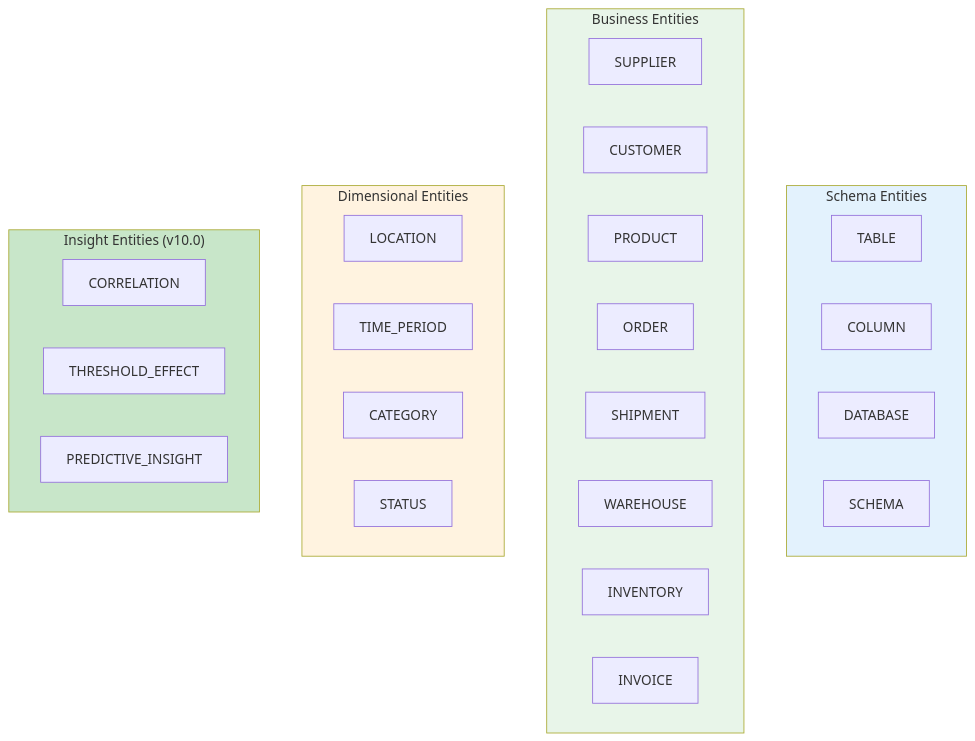
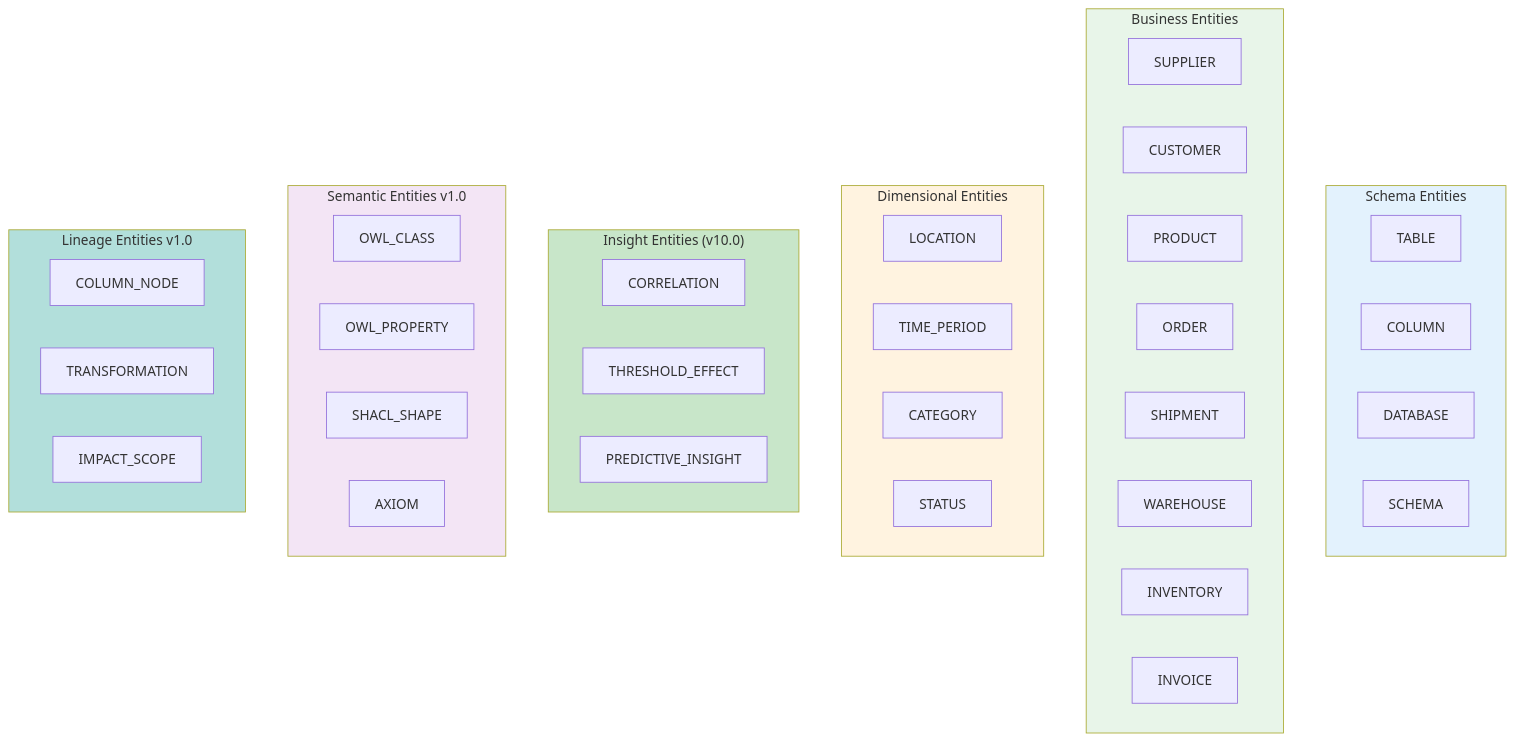
Before and after one commit to sabill123/ontology: the second of 12 diagrams in docs/diagrams/06-knowledge-graph.md, drawn with Mermaid. The commit also changed other lines of this file and 176 other files, not shown here.

````diff
--- a/docs/diagrams/06-knowledge-graph.md
+++ b/docs/diagrams/06-knowledge-graph.md
@@ -55,38 +71,53 @@
 ```mermaid
 graph TB
     subgraph SCHEMA["Schema Entities"]
         S1[TABLE]
         S2[COLUMN]
         S3[DATABASE]
         S4[SCHEMA]
     end
 
     subgraph BUSINESS["Business Entities"]
         B1[SUPPLIER]
         B2[CUSTOMER]
         B3[PRODUCT]
         B4[ORDER]
         B5[SHIPMENT]
         B6[WAREHOUSE]
         B7[INVENTORY]
         B8[INVOICE]
     end
 
     subgraph DIMENSIONAL["Dimensional Entities"]
         D1[LOCATION]
         D2[TIME_PERIOD]
         D3[CATEGORY]
         D4[STATUS]
     end
 
     subgraph INSIGHT["Insight Entities (v10.0)"]
         I1[CORRELATION]
         I2[THRESHOLD_EFFECT]
         I3[PREDICTIVE_INSIGHT]
     end
 
+    subgraph SEMANTIC["Semantic Entities v1.0"]
+        SE1[OWL_CLASS]
+        SE2[OWL_PROPERTY]
+        SE3[SHACL_SHAPE]
+        SE4[AXIOM]
+    end
+
+    subgraph LINEAGE["Lineage Entities v1.0"]
+        LE1[COLUMN_NODE]
+        LE2[TRANSFORMATION]
+        LE3[IMPACT_SCOPE]
+    end
+
     style SCHEMA fill:#e3f2fd
     style BUSINESS fill:#e8f5e9
     style DIMENSIONAL fill:#fff3e0
     style INSIGHT fill:#c8e6c9
+    style SEMANTIC fill:#f3e5f5
+    style LINEAGE fill:#b2dfdb
 ```
````
